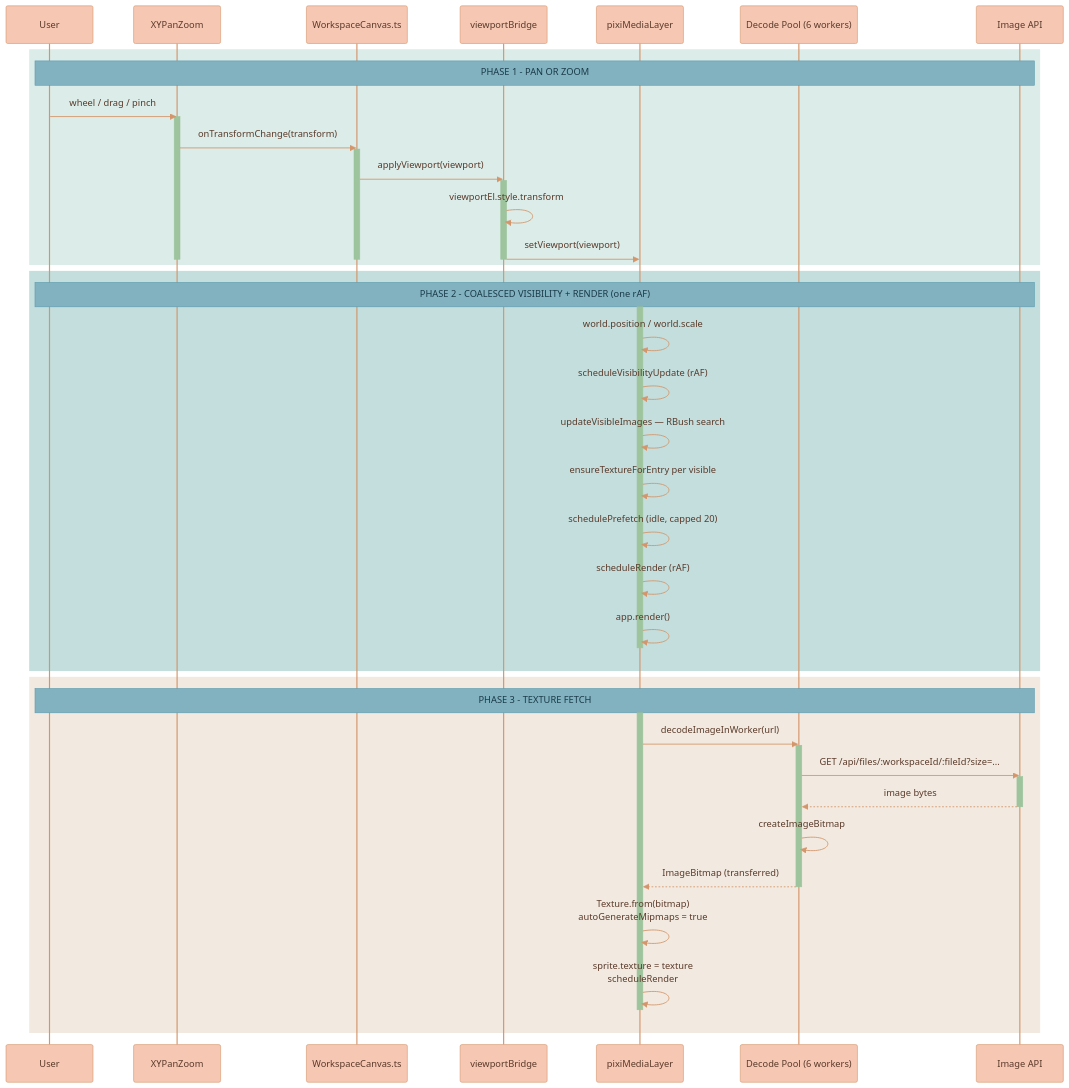
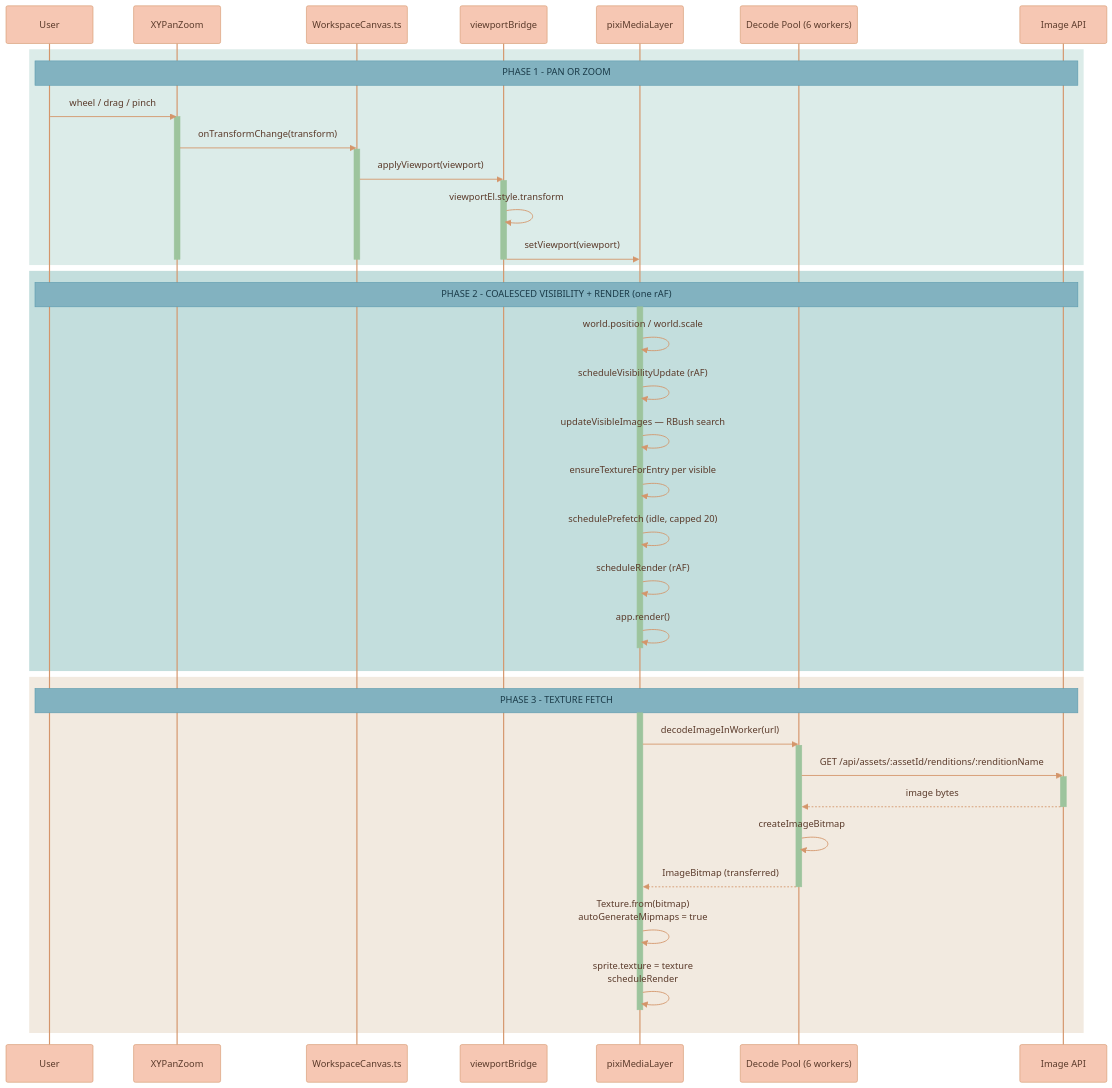
The third of 3 diagrams in documentation/canvas/RENDERING-ENGINE.md (Lixpi/lixpi), drawn with Mermaid before and after one commit. The commit also changed other lines of this file and 225 other files, not shown here.

````diff
--- a/documentation/canvas/RENDERING-ENGINE.md
+++ b/documentation/canvas/RENDERING-ENGINE.md
@@ -246,65 +245,65 @@
 ```mermaid
 %%{init: {'theme': 'base', 'themeVariables': { 'noteBkgColor': '#82B2C0', 'noteTextColor': '#1a3a47', 'noteBorderColor': '#5a9aad', 'actorBkg': '#F6C7B3', 'actorBorder': '#d4956a', 'actorTextColor': '#5a3a2a', 'actorLineColor': '#d4956a', 'signalColor': '#d4956a', 'signalTextColor': '#5a3a2a', 'labelBoxBkgColor': '#F6C7B3', 'labelBoxBorderColor': '#d4956a', 'labelTextColor': '#5a3a2a', 'loopTextColor': '#5a3a2a', 'activationBorderColor': '#9DC49D', 'activationBkgColor': '#9DC49D', 'sequenceNumberColor': '#5a3a2a'}}}%%
 sequenceDiagram
     participant User
     participant XY as XYPanZoom
     participant WC as WorkspaceCanvas.ts
     participant VB as viewportBridge
     participant PIXI as pixiMediaLayer
     participant Pool as Decode Pool (6 workers)
     participant API as Image API
 
     %% ═══════════════════════════════════════════════════════════════
     %% PHASE 1: PAN OR ZOOM
     %% ═══════════════════════════════════════════════════════════════
     rect rgb(220, 236, 233)
         Note over User, API: PHASE 1 - PAN OR ZOOM
         User->>XY: wheel / drag / pinch
         activate XY
         XY->>WC: onTransformChange(transform)
         activate WC
         WC->>VB: applyViewport(viewport)
         activate VB
         VB->>VB: viewportEl.style.transform
         VB->>PIXI: setViewport(viewport)
         deactivate VB
         deactivate WC
         deactivate XY
     end
 
     %% ═══════════════════════════════════════════════════════════════
     %% PHASE 2: COALESCED VISIBILITY + RENDER
     %% ═══════════════════════════════════════════════════════════════
     rect rgb(195, 222, 221)
         Note over User, API: PHASE 2 - COALESCED VISIBILITY + RENDER (one rAF)
         activate PIXI
         PIXI->>PIXI: world.position / world.scale
         PIXI->>PIXI: scheduleVisibilityUpdate (rAF)
         PIXI->>PIXI: updateVisibleImages — RBush search
         PIXI->>PIXI: ensureTextureForEntry per visible
         PIXI->>PIXI: schedulePrefetch (idle, capped 20)
         PIXI->>PIXI: scheduleRender (rAF)
         PIXI->>PIXI: app.render()
         deactivate PIXI
     end
 
     %% ═══════════════════════════════════════════════════════════════
     %% PHASE 3: TEXTURE FETCH (only for entries that need a higher tier)
     %% ═══════════════════════════════════════════════════════════════
     rect rgb(242, 234, 224)
         Note over User, API: PHASE 3 - TEXTURE FETCH
         activate PIXI
         PIXI->>Pool: decodeImageInWorker(url)
         activate Pool
-        Pool->>API: GET /api/files/:workspaceId/:fileId?size=...
+        Pool->>API: GET /api/assets/:assetId/renditions/:renditionName
         activate API
         API-->>Pool: image bytes
         deactivate API
         Pool->>Pool: createImageBitmap
         Pool-->>PIXI: ImageBitmap (transferred)
         deactivate Pool
         PIXI->>PIXI: Texture.from(bitmap)<br/>autoGenerateMipmaps = true
         PIXI->>PIXI: sprite.texture = texture<br/>scheduleRender
         deactivate PIXI
     end
 ```
````
